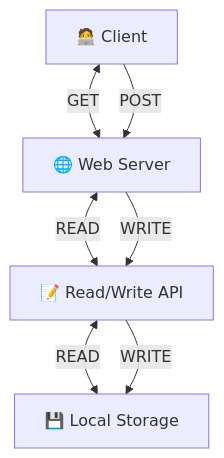
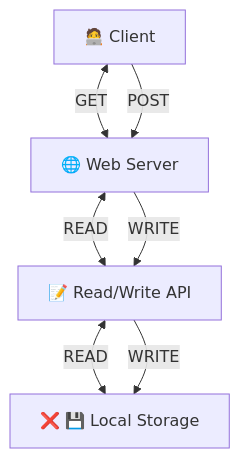
One commit to clockworkpc/simsite changed the third of 13 diagrams in mermaid_demo.md. Above: the diagram before and after it, drawn with Mermaid. The commit also changed other lines of this file, not shown here.

````diff
--- a/mermaid_demo.md
+++ b/mermaid_demo.md
@@ -38,13 +49,13 @@
 ```mermaid
 graph TD
     client[🧑‍💻 Client]
     web[🌐 Web Server]
     client <-->|GET| web
     client -->|POST| web
     readwriteapi[📝 Read/Write API]
     web <-->|READ| readwriteapi
     web -->|WRITE| readwriteapi
-    localstorage[💾 Local Storage]
+    localstorage[❌ 💾 Local Storage]
     readwriteapi <-->|READ| localstorage
     readwriteapi -->|WRITE| localstorage
 ```
````
